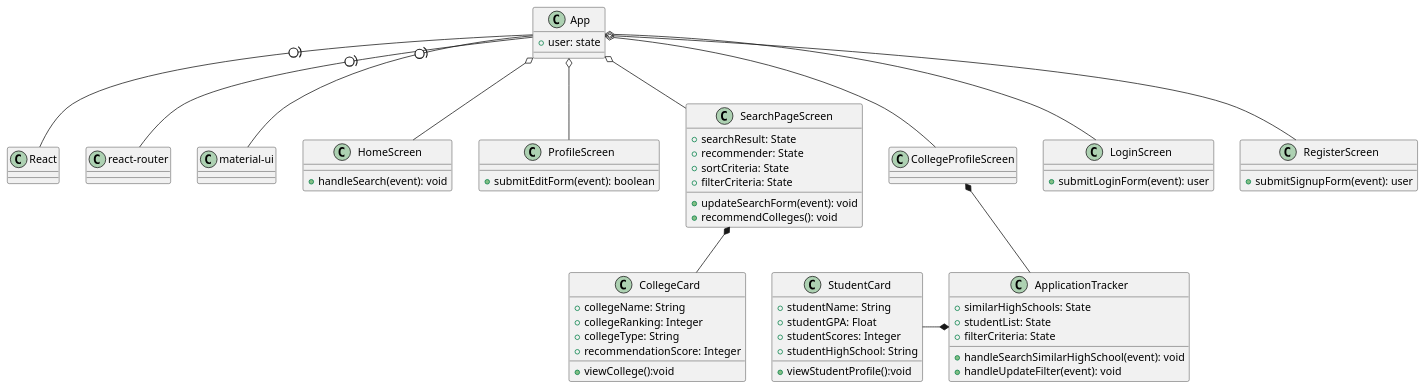
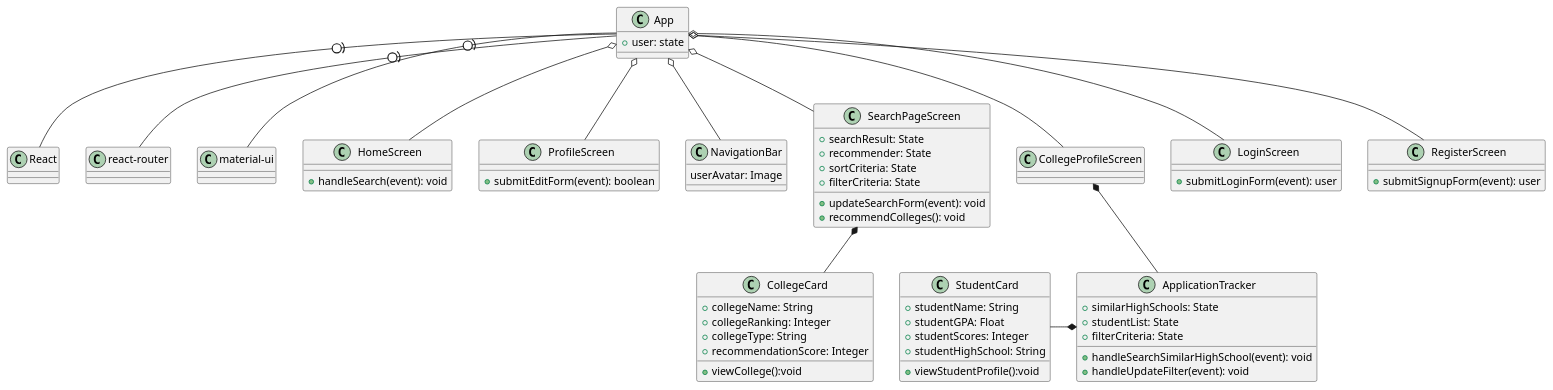
One commit to Omarfos/CSE416 changed the diagram in design/fronend_class.wsd. Above: the diagram before and after it, drawn with PlantUML. The commit also changed 5 other files, not shown here.

Commit message:
class diagram

```diff
--- a/design/fronend_class.wsd
+++ b/design/fronend_class.wsd
@@ -1,78 +1,84 @@
 @startuml frontend
 'left to right direction
 
 class App{
     +user: state
 }
 class "React"{
 }
 App -(0- "React"
 App -(0- "react-router"
 App -(0- "material-ui"
 
 
 class HomeScreen{
     +handleSearch(event): void
 }
 
 class ProfileScreen{
     +submitEditForm(event): boolean
 }
+
+class NavigationBar{
+    userAvatar: Image
+}
+
+App o-- NavigationBar
 
 class SearchPageScreen{
     +searchResult: State
     +recommender: State
     +sortCriteria: State
     +filterCriteria: State
     +updateSearchForm(event): void
     +recommendColleges(): void
 }
 
 class CollegeCard{
     +collegeName: String 
     +collegeRanking: Integer
     +collegeType: String
     +recommendationScore: Integer
     +viewCollege():void
 }
 SearchPageScreen*--CollegeCard
 
 class CollegeProfileScreen{
 }  
 
 class ApplicationTracker{
     +similarHighSchools: State
     +studentList: State
     +filterCriteria: State
     +handleSearchSimilarHighSchool(event): void
     +handleUpdateFilter(event): void
 }
 class StudentCard{
     +studentName: String    
     +studentGPA: Float
     +studentScores: Integer
     +studentHighSchool: String
     +viewStudentProfile():void
 }
 StudentCard -* ApplicationTracker
 CollegeProfileScreen *-- ApplicationTracker
 
 class LoginScreen{
     +submitLoginForm(event): user
 } 
 
 class RegisterScreen{
     +submitSignupForm(event): user
 }
 
 
 App o-- HomeScreen
 App o-- ProfileScreen
 App o-- SearchPageScreen
 App o-- CollegeProfileScreen
 App o-- LoginScreen
 App o-- RegisterScreen
 
 
 
 @enduml
```
